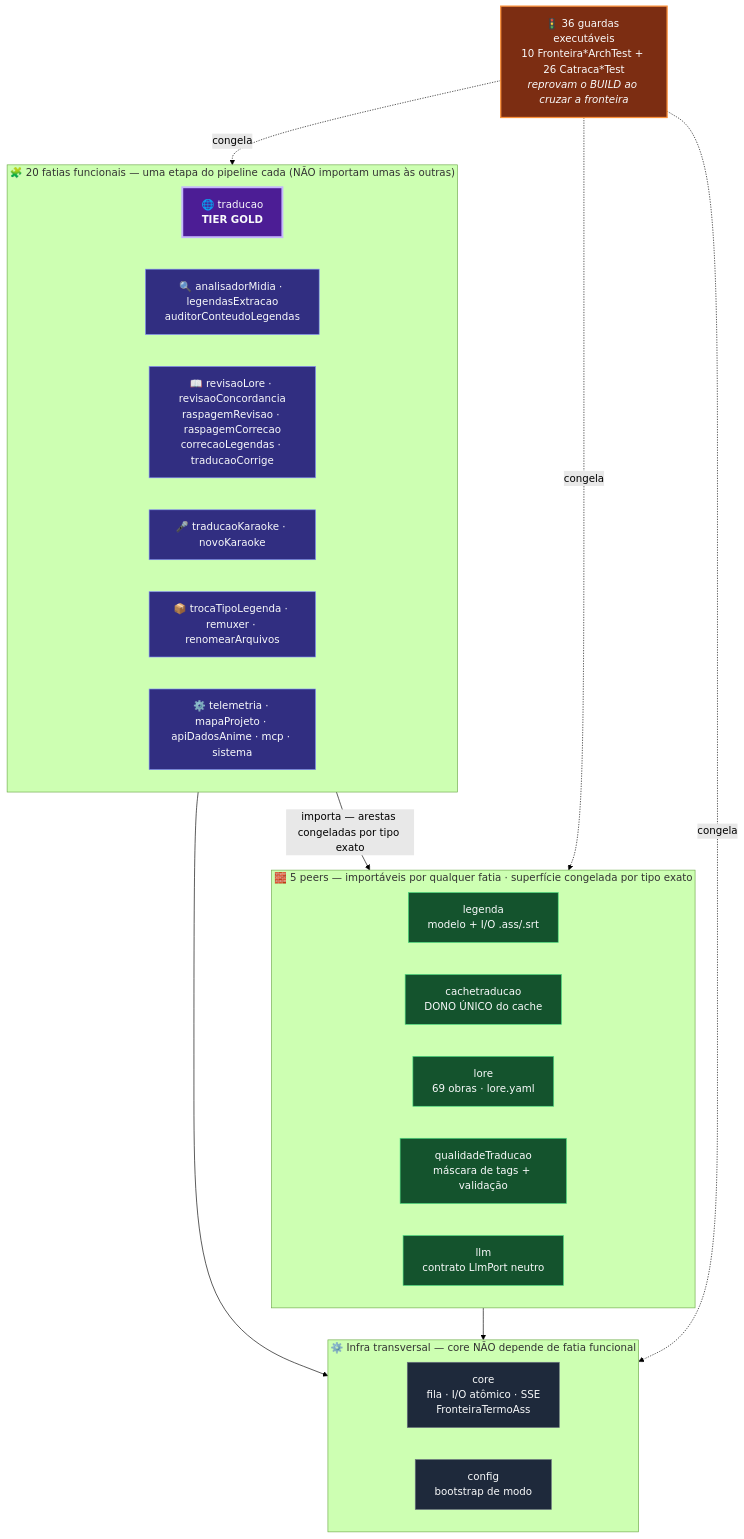
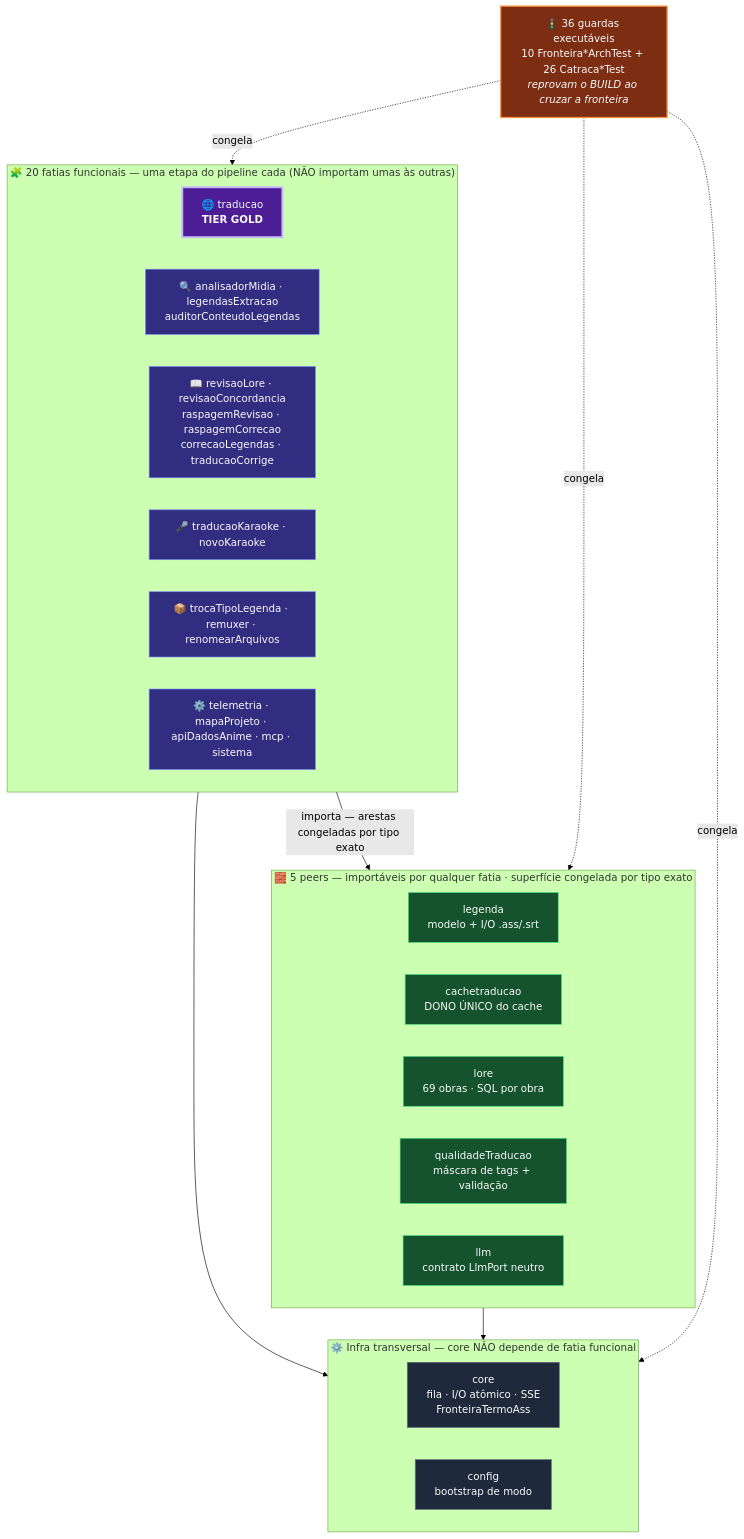
One commit to carmipa/traducao_animes_llm_local_quarkus-1 changed the first of 5 diagrams in docs/arquitetura.md. Above: the diagram before and after it, drawn with Mermaid (forest theme). The commit also changed other lines of this file and 5 other files, not shown here.

First line of the commit message:
docs(lore): a lore e um arquivo SQL por obra — fase 5 da lore em SQLite

````diff
--- a/docs/arquitetura.md
+++ b/docs/arquitetura.md
@@ -91,47 +92,47 @@
 ```mermaid
 graph TB
     subgraph FUNC["🧩 20 fatias funcionais — uma etapa do pipeline cada (NÃO importam umas às outras)"]
         direction LR
         TRAD["🌐 traducao<br/><b>TIER GOLD</b>"]
         PREP["🔍 analisadorMidia · legendasExtracao<br/>auditorConteudoLegendas"]
         QUALF["📖 revisaoLore · revisaoConcordancia<br/>raspagemRevisao · raspagemCorrecao<br/>correcaoLegendas · traducaoCorrige"]
         KAR["🎤 traducaoKaraoke · novoKaraoke"]
         FIM["📦 trocaTipoLegenda · remuxer · renomearArquivos"]
         SIS["⚙️ telemetria · mapaProjeto · apiDadosAnime · mcp · sistema"]
     end
 
     subgraph PEERS["🧱 5 peers — importáveis por qualquer fatia · superfície congelada por tipo exato"]
         direction LR
         LEG["legenda<br/>modelo + I/O .ass/.srt"]
         CACHE["cachetraducao<br/>DONO ÚNICO do cache"]
-        CTX["lore<br/>69 obras · lore.yaml"]
+        CTX["lore<br/>69 obras · SQL por obra"]
         QUAL["qualidadeTraducao<br/>máscara de tags + validação"]
         LLM["llm<br/>contrato LlmPort neutro"]
     end
 
     subgraph BASE["⚙️ Infra transversal — core NÃO depende de fatia funcional"]
         direction LR
         CORE["core<br/>fila · I/O atômico · SSE<br/>FronteiraTermoAss"]
         CFG["config<br/>bootstrap de modo"]
     end
 
     GUARD["🚦 36 guardas executáveis<br/>10 Fronteira*ArchTest + 26 Catraca*Test<br/><i>reprovam o BUILD ao cruzar a fronteira</i>"]
 
     FUNC -->|"importa — arestas congeladas por tipo exato"| PEERS
     FUNC --> BASE
     PEERS --> BASE
     GUARD -.->|congela| FUNC
     GUARD -.->|congela| PEERS
     GUARD -.->|congela| BASE
 
     classDef func fill:#312e81,stroke:#818CF8,color:#F9FAFB
     classDef gold fill:#4c1d95,stroke:#C4B5FD,color:#F9FAFB,stroke-width:3px
     classDef peer fill:#14532d,stroke:#4ADE80,color:#F9FAFB
     classDef base fill:#1e293b,stroke:#6B7280,color:#F9FAFB
     classDef guard fill:#7c2d12,stroke:#FB923C,color:#F9FAFB,stroke-width:2px
     class PREP,QUALF,KAR,FIM,SIS func
     class TRAD gold
     class LEG,CACHE,CTX,QUAL,LLM peer
     class CORE,CFG base
     class GUARD guard
 ```
````
